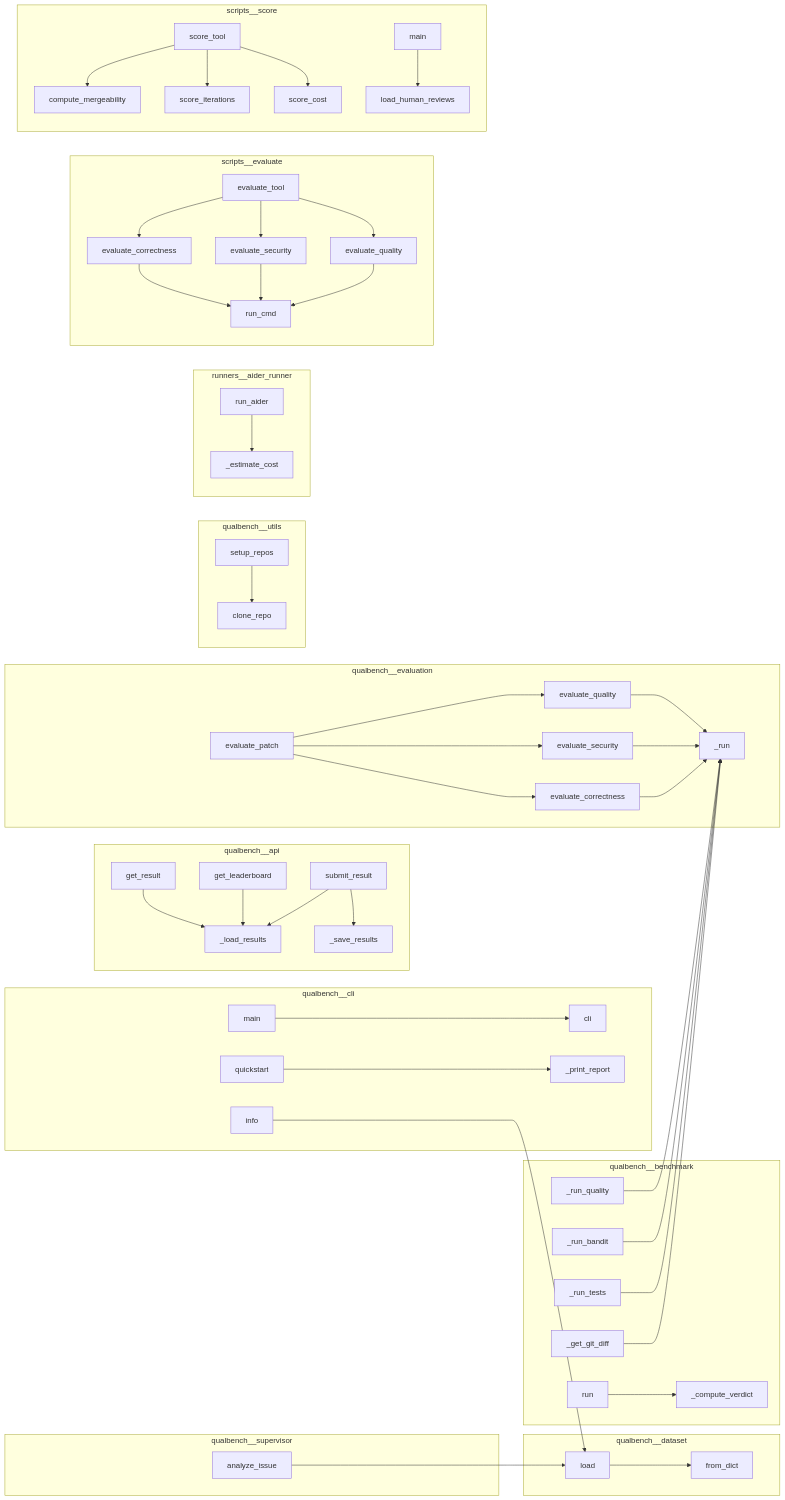
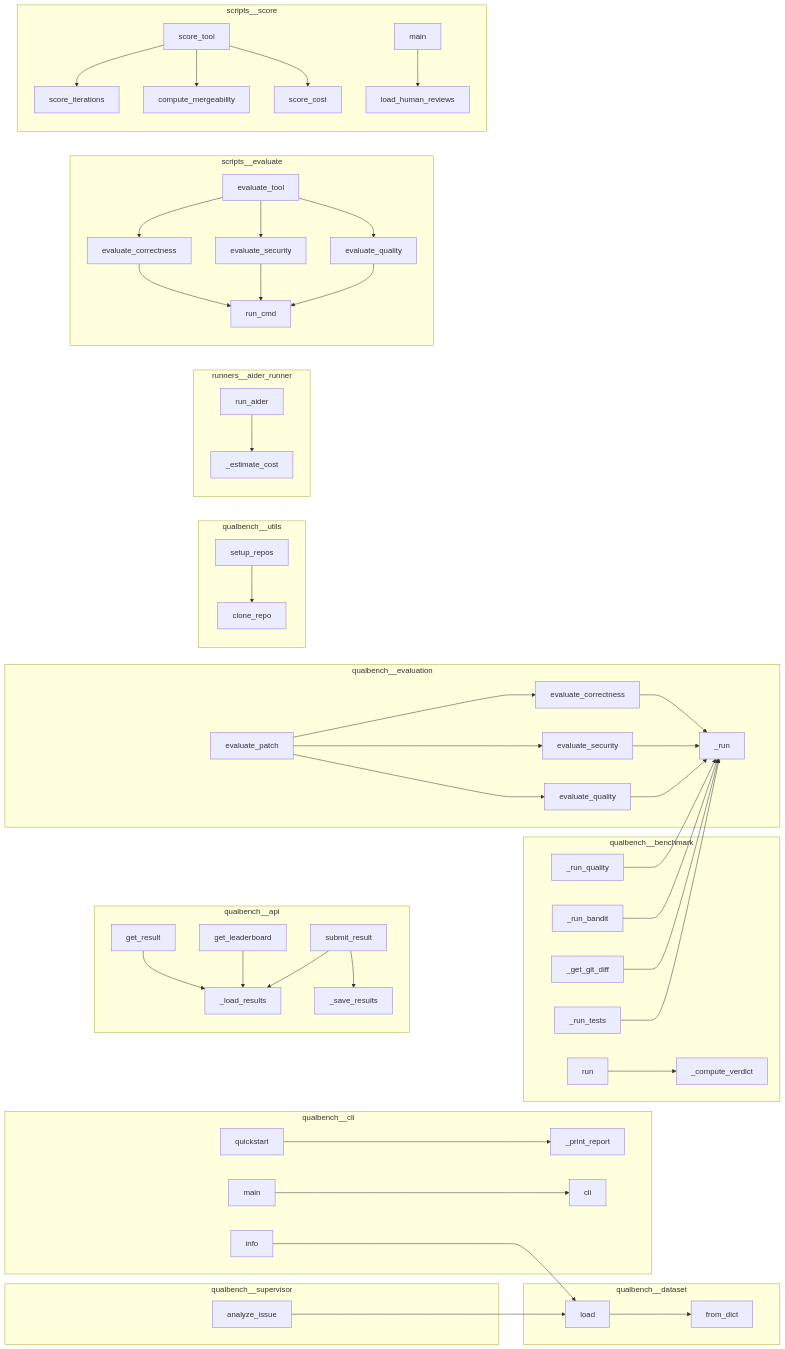
Before and after one commit to semcod/qualbench: the diagram in project/calls.mmd, drawn with Mermaid. The commit also changed other lines of this file and 5 other files, not shown here.

```diff
--- a/project/calls.mmd
+++ b/project/calls.mmd
@@ -1,92 +1,92 @@
 flowchart LR
     subgraph qualbench__api
         qualbench__api__get_result["get_result"]
         qualbench__api__get_leaderboard["get_leaderboard"]
         qualbench__api__submit_result["submit_result"]
         qualbench__api___load_results["_load_results"]
         qualbench__api___save_results["_save_results"]
     end
     subgraph qualbench__benchmark
-        qualbench__benchmark__QualBenchRunner__run["run"]
         qualbench__benchmark__QualBenchRunner___run_quality["_run_quality"]
+        qualbench__benchmark__QualBenchRunner___run_bandit["_run_bandit"]
+        qualbench__benchmark___compute_verdict["_compute_verdict"]
         qualbench__benchmark__QualBenchRunner___get_git_diff["_get_git_diff"]
         qualbench__benchmark__QualBenchRunner___run_tests["_run_tests"]
-        qualbench__benchmark__QualBenchRunner___run_bandit["_run_bandit"]
-        qualbench__benchmark___compute_verdict["_compute_verdict"]
+        qualbench__benchmark__QualBenchRunner__run["run"]
     end
     subgraph qualbench__cli
+        qualbench__cli__quickstart["quickstart"]
         qualbench__cli__cli["cli"]
-        qualbench__cli___print_report["_print_report"]
-        qualbench__cli__quickstart["quickstart"]
         qualbench__cli__main["main"]
         qualbench__cli__info["info"]
+        qualbench__cli___print_report["_print_report"]
     end
     subgraph qualbench__dataset
+        qualbench__dataset__Issue__from_dict["from_dict"]
         qualbench__dataset__Dataset__load["load"]
-        qualbench__dataset__Issue__from_dict["from_dict"]
     end
     subgraph qualbench__evaluation
         qualbench__evaluation___run["_run"]
         qualbench__evaluation__evaluate_patch["evaluate_patch"]
+        qualbench__evaluation__evaluate_quality["evaluate_quality"]
+        qualbench__evaluation__evaluate_security["evaluate_security"]
         qualbench__evaluation__evaluate_correctness["evaluate_correctness"]
-        qualbench__evaluation__evaluate_security["evaluate_security"]
-        qualbench__evaluation__evaluate_quality["evaluate_quality"]
     end
     subgraph qualbench__supervisor
         qualbench__supervisor__SupervisorAI__analyze_issue["analyze_issue"]
     end
     subgraph qualbench__utils
         qualbench__utils__repos__clone_repo["clone_repo"]
         qualbench__utils__repos__setup_repos["setup_repos"]
     end
     subgraph runners__aider_runner
         runners__aider_runner___estimate_cost["_estimate_cost"]
         runners__aider_runner__run_aider["run_aider"]
     end
     subgraph scripts__evaluate
+        scripts__evaluate__run_cmd["run_cmd"]
+        scripts__evaluate__evaluate_tool["evaluate_tool"]
+        scripts__evaluate__evaluate_quality["evaluate_quality"]
+        scripts__evaluate__evaluate_security["evaluate_security"]
         scripts__evaluate__evaluate_correctness["evaluate_correctness"]
-        scripts__evaluate__run_cmd["run_cmd"]
-        scripts__evaluate__evaluate_quality["evaluate_quality"]
-        scripts__evaluate__evaluate_tool["evaluate_tool"]
-        scripts__evaluate__evaluate_security["evaluate_security"]
     end
     subgraph scripts__score
+        scripts__score__score_iterations["score_iterations"]
+        scripts__score__load_human_reviews["load_human_reviews"]
         scripts__score__compute_mergeability["compute_mergeability"]
+        scripts__score__score_tool["score_tool"]
         scripts__score__score_cost["score_cost"]
-        scripts__score__load_human_reviews["load_human_reviews"]
         scripts__score__main["main"]
-        scripts__score__score_tool["score_tool"]
-        scripts__score__score_iterations["score_iterations"]
     end
     qualbench__cli__quickstart --> qualbench__cli___print_report
     qualbench__cli__info --> qualbench__dataset__Dataset__load
     qualbench__cli__main --> qualbench__cli__cli
     qualbench__supervisor__SupervisorAI__analyze_issue --> qualbench__dataset__Dataset__load
     qualbench__utils__repos__setup_repos --> qualbench__utils__repos__clone_repo
     qualbench__dataset__Dataset__load --> qualbench__dataset__Issue__from_dict
     qualbench__evaluation__evaluate_correctness --> qualbench__evaluation___run
     qualbench__evaluation__evaluate_security --> qualbench__evaluation___run
     qualbench__evaluation__evaluate_quality --> qualbench__evaluation___run
     qualbench__evaluation__evaluate_patch --> qualbench__evaluation__evaluate_correctness
     qualbench__evaluation__evaluate_patch --> qualbench__evaluation__evaluate_security
     qualbench__evaluation__evaluate_patch --> qualbench__evaluation__evaluate_quality
     scripts__evaluate__evaluate_correctness --> scripts__evaluate__run_cmd
     scripts__evaluate__evaluate_security --> scripts__evaluate__run_cmd
     scripts__evaluate__evaluate_quality --> scripts__evaluate__run_cmd
     scripts__evaluate__evaluate_tool --> scripts__evaluate__evaluate_correctness
     scripts__evaluate__evaluate_tool --> scripts__evaluate__evaluate_security
     scripts__evaluate__evaluate_tool --> scripts__evaluate__evaluate_quality
     scripts__score__score_tool --> scripts__score__compute_mergeability
     scripts__score__score_tool --> scripts__score__score_iterations
     scripts__score__score_tool --> scripts__score__score_cost
     scripts__score__main --> scripts__score__load_human_reviews
     runners__aider_runner__run_aider --> runners__aider_runner___estimate_cost
     qualbench__benchmark__QualBenchRunner__run --> qualbench__benchmark___compute_verdict
     qualbench__benchmark__QualBenchRunner___get_git_diff --> qualbench__evaluation___run
     qualbench__benchmark__QualBenchRunner___run_tests --> qualbench__evaluation___run
     qualbench__benchmark__QualBenchRunner___run_bandit --> qualbench__evaluation___run
     qualbench__benchmark__QualBenchRunner___run_quality --> qualbench__evaluation___run
     qualbench__api__submit_result --> qualbench__api___load_results
     qualbench__api__submit_result --> qualbench__api___save_results
     qualbench__api__get_leaderboard --> qualbench__api___load_results
     qualbench__api__get_result --> qualbench__api___load_results
```
